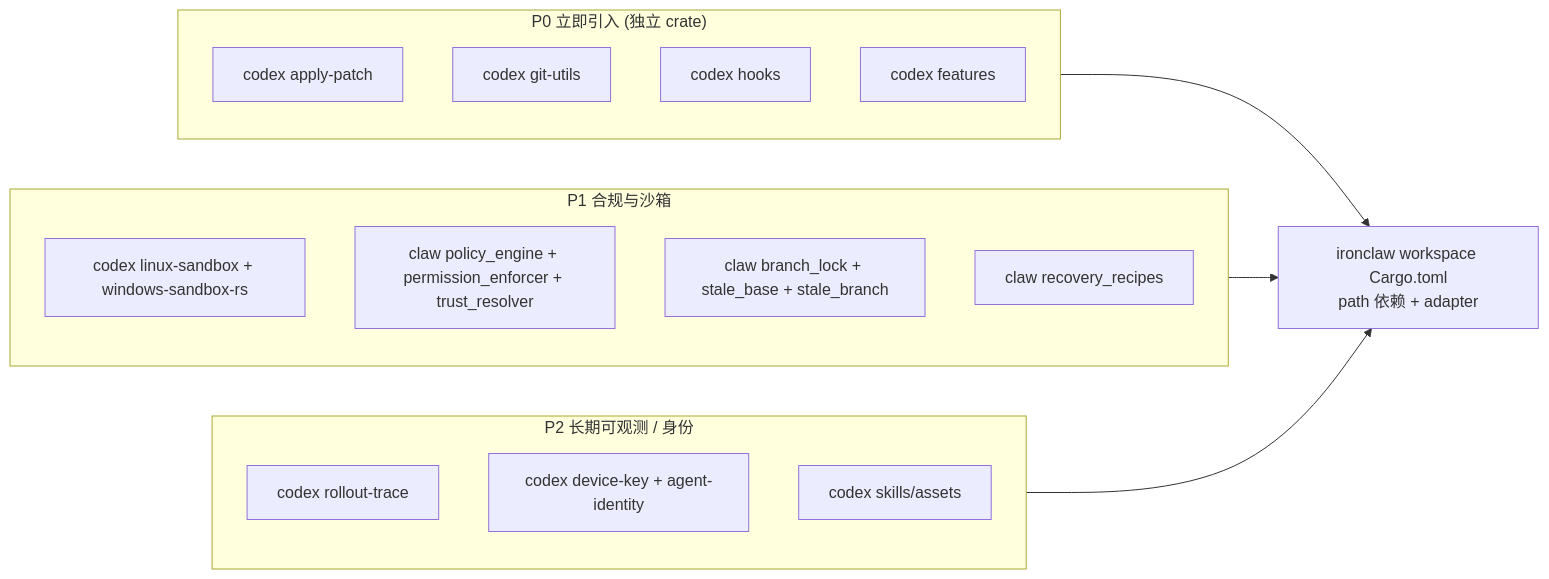
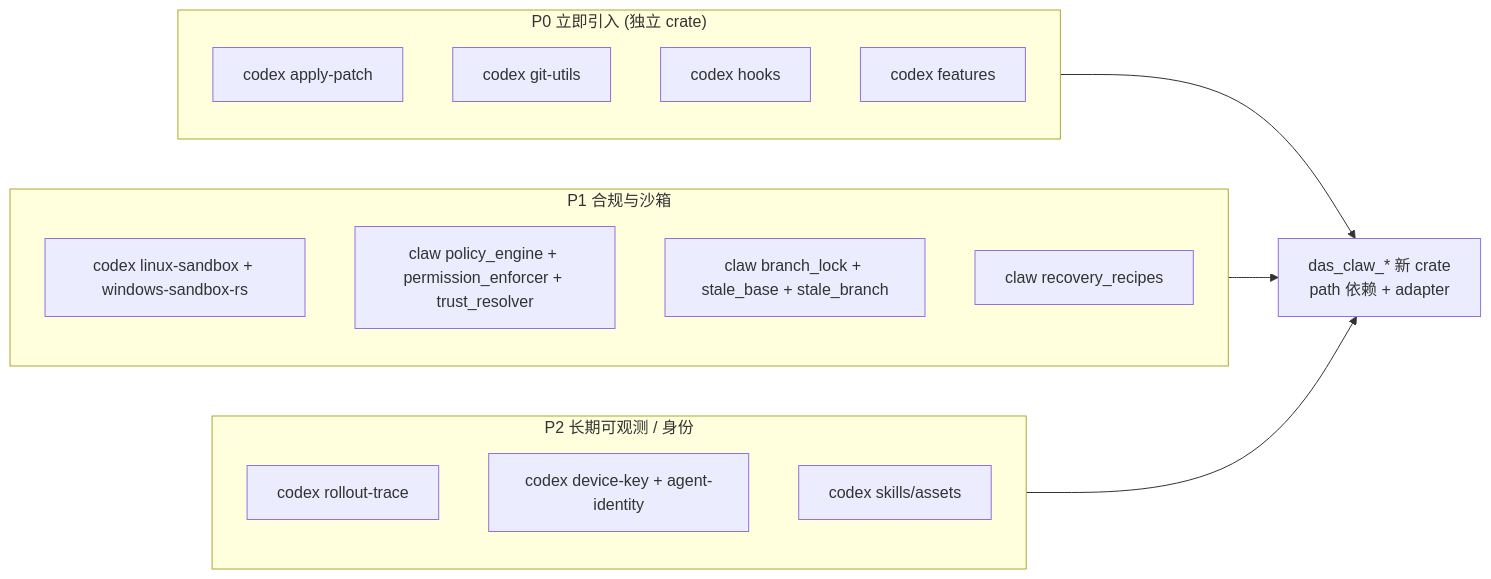
One commit to Linnanli/xClaw changed the second of 4 diagrams in docs/plans/architecture-refactor/09-capability-inventory-and-migration-strategy.md. Above: the diagram before and after it, drawn with Mermaid. The commit also changed other lines of this file, not shown here.

First line of the commit message:
docs(phase4): adopt das_claw_* naming + clarify agent lineage + phase3 continuity

````diff
--- a/docs/plans/architecture-refactor/09-capability-inventory-and-migration-strategy.md
+++ b/docs/plans/architecture-refactor/09-capability-inventory-and-migration-strategy.md
@@ -260,23 +260,23 @@
 ```mermaid
 flowchart LR
     subgraph P0["P0 立即引入 (独立 crate)"]
         A[codex apply-patch]
         B[codex git-utils]
         C[codex hooks]
         D[codex features]
     end
     subgraph P1["P1 合规与沙箱"]
         E[codex linux-sandbox + windows-sandbox-rs]
         F[claw policy_engine + permission_enforcer + trust_resolver]
         G[claw branch_lock + stale_base + stale_branch]
         H[claw recovery_recipes]
     end
     subgraph P2["P2 长期可观测 / 身份"]
         I[codex rollout-trace]
         J[codex device-key + agent-identity]
         K[codex skills/assets]
     end
-    P0 --> Impl["ironclaw workspace Cargo.toml<br/>path 依赖 + adapter"]
+    P0 --> Impl["das_claw_* 新 crate<br/>path 依赖 + adapter"]
     P1 --> Impl
     P2 --> Impl
 ```
````
